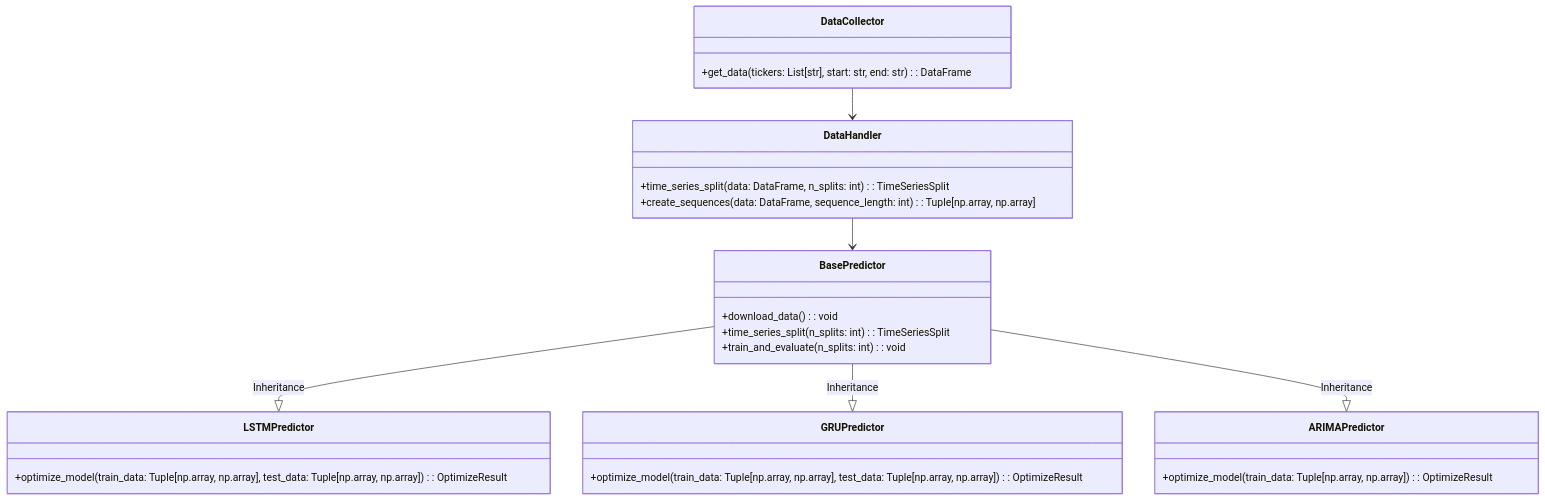
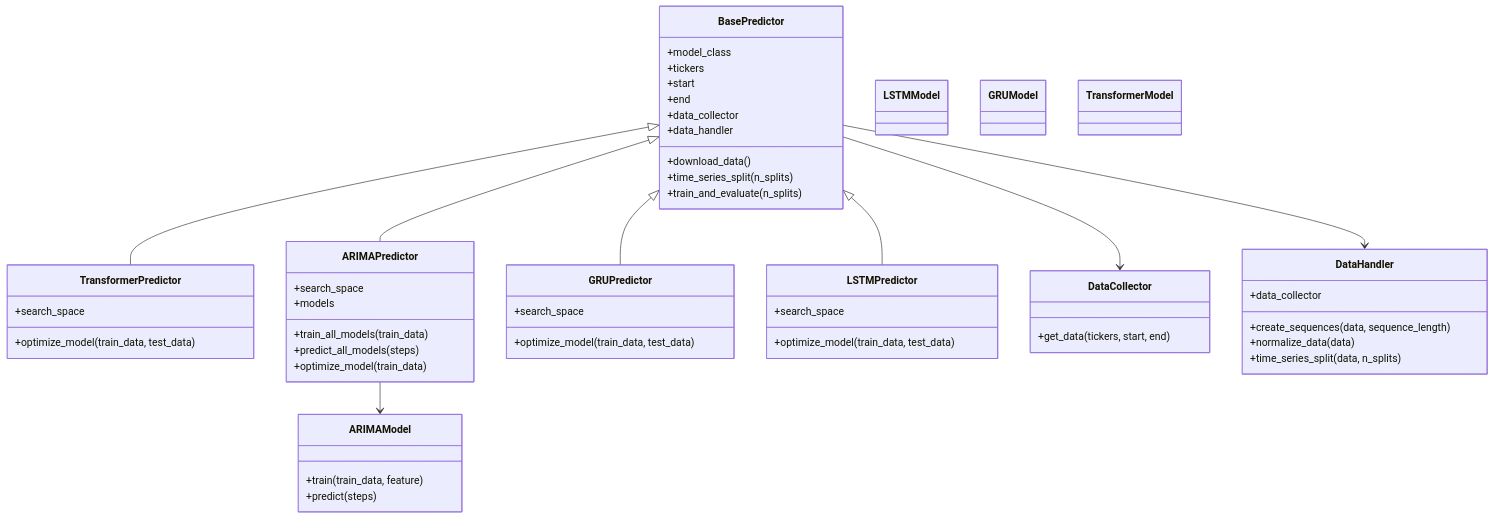
Before and after one commit to xandermuse/CPSC393_Final: the first of 2 diagrams in README.md, drawn with Mermaid. The commit also changed other lines of this file and 33 other files, not shown here.

````diff
--- a/README.md
+++ b/README.md
@@ -106,29 +68,57 @@
 ```mermaid
 classDiagram
+    class BasePredictor {
+        +model_class
+        +tickers
+        +start
+        +end
+        +data_collector
+        +data_handler
+        +download_data()
+        +time_series_split(n_splits)
+        +train_and_evaluate(n_splits)
+    }
+    class TransformerPredictor {
+        +search_space
+        +optimize_model(train_data, test_data)
+    }
+    class ARIMAPredictor {
+        +search_space
+        +models
+        +train_all_models(train_data)
+        +predict_all_models(steps)
+        +optimize_model(train_data)
+    }
+    class GRUPredictor {
+        +search_space
+        +optimize_model(train_data, test_data)
+    }
+    class LSTMPredictor {
+        +search_space
+        +optimize_model(train_data, test_data)
+    }
     class DataCollector {
-        +get_data(tickers: List[str], start: str, end: str): DataFrame
+        +get_data(tickers, start, end)
     }
     class DataHandler {
-        +time_series_split(data: DataFrame, n_splits: int): TimeSeriesSplit
-        +create_sequences(data: DataFrame, sequence_length: int): Tuple[np.array, np.array]
+        +data_collector
+        +create_sequences(data, sequence_length)
+        +normalize_data(data)
+        +time_series_split(data, n_splits)
     }
-    class BasePredictor {
-        +download_data(): void
-        +time_series_split(n_splits: int): TimeSeriesSplit
-        +train_and_evaluate(n_splits: int): void
+    class ARIMAModel {
+        +train(train_data, feature)
+        +predict(steps)
     }
-    class LSTMPredictor {
-        +optimize_model(train_data: Tuple[np.array, np.array], test_data: Tuple[np.array, np.array]): OptimizeResult
-    }
-    class GRUPredictor {
-        +optimize_model(train_data: Tuple[np.array, np.array], test_data: Tuple[np.array, np.array]): OptimizeResult
-    }
-    class ARIMAPredictor {
-        +optimize_model(train_data: Tuple[np.array, np.array]): OptimizeResult
-    }
-    DataCollector --> DataHandler
-    DataHandler --> BasePredictor
-    BasePredictor --|> LSTMPredictor : Inheritance
-    BasePredictor --|> GRUPredictor : Inheritance
-    BasePredictor --|> ARIMAPredictor : Inheritance
+    class LSTMModel
+    class GRUModel
+    class TransformerModel
+
+    BasePredictor <|-- TransformerPredictor
+    BasePredictor <|-- ARIMAPredictor
+    BasePredictor <|-- GRUPredictor
+    BasePredictor <|-- LSTMPredictor
+    BasePredictor --> DataCollector
+    BasePredictor --> DataHandler
+    ARIMAPredictor --> ARIMAModel
 ```
````
